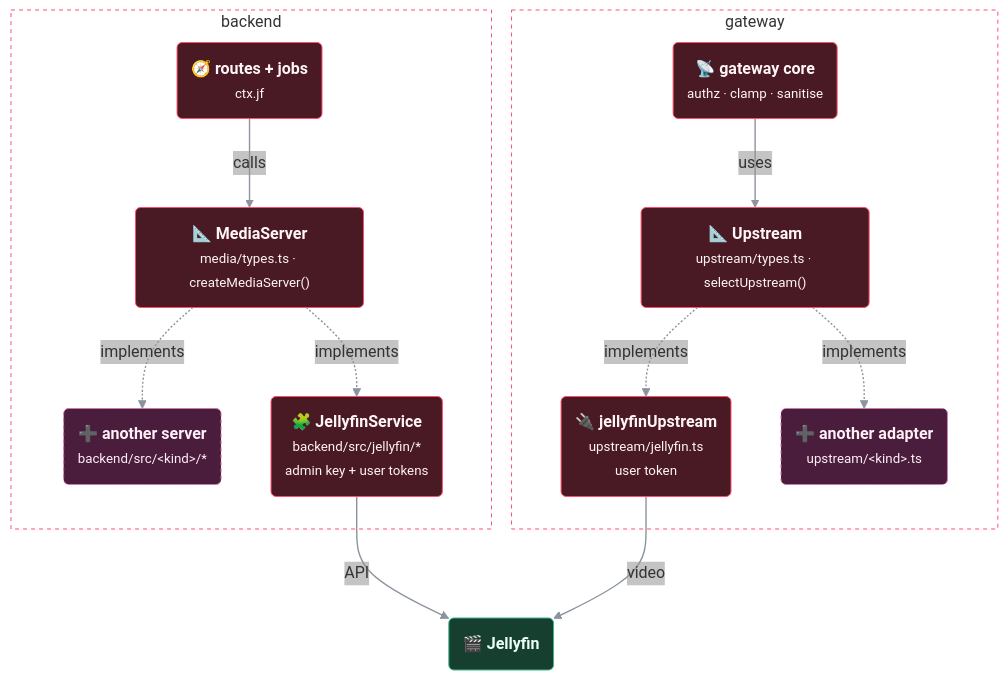
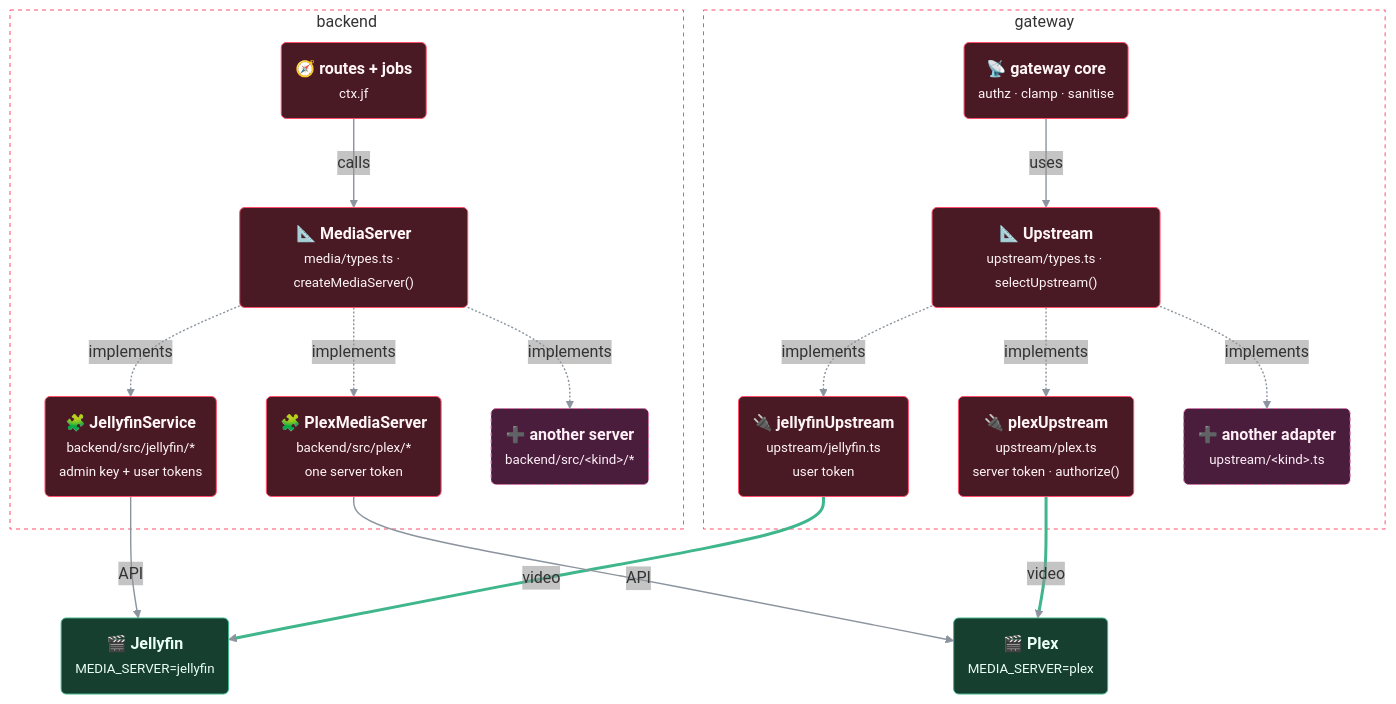
One commit to LetsManu/friendflix changed the fourth of 4 diagrams in docs/architecture.md. Above: the diagram before and after it, drawn with Mermaid. The commit also changed other lines of this file and 2 other files, not shown here.

````diff
--- a/docs/architecture.md
+++ b/docs/architecture.md
@@ -175,47 +242,55 @@
 ```mermaid
 ---
 config:
   flowchart:
     curve: basis
     nodeSpacing: 50
     rankSpacing: 65
     padding: 14
   themeVariables:
     edgeLabelBackground: 'rgba(150,150,150,0.12)'
   themeCSS: '.labelBkg { background-color: rgba(127,127,127,0.12) !important; }'
 ---
 flowchart TB
   accTitle: The media server seam
-  accDescr: Backend routes call the MediaServer interface and the gateway core calls the Upstream adapter interface. Each media server kind provides one implementation of each, selected by MEDIA_SERVER.
+  accDescr: Backend routes call the MediaServer interface and the gateway core calls the Upstream adapter interface. Jellyfin and Plex each provide one implementation of each, selected by MEDIA_SERVER; a further server would add its own pair.
   subgraph BEL["backend"]
     RT("🧭 <b>routes + jobs</b><br/><small>ctx.jf</small>"):::app
     IF("📐 <b>MediaServer</b><br/><small>media/types.ts · createMediaServer()</small>"):::app
+    JFI("🧩 <b>JellyfinService</b><br/><small>backend/src/jellyfin/*<br/>admin key + user tokens</small>"):::app
+    PXI("🧩 <b>PlexMediaServer</b><br/><small>backend/src/plex/*<br/>one server token</small>"):::app
     NI("➕ <b>another server</b><br/><small>backend/src/&lt;kind&gt;/*</small>"):::fork
-    JFI("🧩 <b>JellyfinService</b><br/><small>backend/src/jellyfin/*<br/>admin key + user tokens</small>"):::app
   end
   subgraph GWL["gateway"]
     CORE("📡 <b>gateway core</b><br/><small>authz · clamp · sanitise</small>"):::app
     UP("📐 <b>Upstream</b><br/><small>upstream/types.ts · selectUpstream()</small>"):::app
     JFU("🔌 <b>jellyfinUpstream</b><br/><small>upstream/jellyfin.ts<br/>user token</small>"):::app
+    PXU("🔌 <b>plexUpstream</b><br/><small>upstream/plex.ts<br/>server token · authorize()</small>"):::app
     NU("➕ <b>another adapter</b><br/><small>upstream/&lt;kind&gt;.ts</small>"):::fork
   end
   RT -->|calls| IF
   CORE -->|uses| UP
   IF -.->|"implements"| JFI
+  IF -.->|"implements"| PXI
   IF -.->|"implements"| NI
-  JFI ==>|API| JF
   UP -.->|"implements"| JFU
+  UP -.->|"implements"| PXU
   UP -.->|"implements"| NU
+  JFI -->|API| JF
   JFU ==>|"video"| JF
-  JF("🎬 <b>Jellyfin</b>"):::media
+  PXI -->|API| PX
+  PXU ==>|"video"| PX
+  JF("🎬 <b>Jellyfin</b><br/><small>MEDIA_SERVER=jellyfin</small>"):::media
+  PX("🎬 <b>Plex</b><br/><small>MEDIA_SERVER=plex</small>"):::media
   classDef ext fill:#30363d,stroke:#8b949e,stroke-width:1px,color:#f0f6fc
   classDef edge fill:#2d2a4a,stroke:#9d8cf0,stroke-width:1px,color:#f0f6fc
   classDef app fill:#4a1a24,stroke:#ff4f6d,stroke-width:1px,color:#fff5f7
   classDef store fill:#4a3a14,stroke:#d4a72c,stroke-width:1px,color:#fff8e6
   classDef media fill:#173f30,stroke:#3fb68b,stroke-width:1px,color:#eafff6
   classDef svc fill:#163e4c,stroke:#56b6d6,stroke-width:1px,color:#eaf9ff
   classDef fork fill:#4a1d3c,stroke:#e070b0,stroke-width:1px,stroke-dasharray:4 3,color:#fff0f8
   linkStyle default stroke:#8b949e,stroke-width:1.4px
+  linkStyle 9,11 stroke:#3fb68b,stroke-width:3px
   style BEL fill:none,stroke:#ff4f6d,stroke-width:1px,stroke-dasharray:4 4
   style GWL fill:none,stroke:#ff4f6d,stroke-width:1px,stroke-dasharray:4 4
 ```
````
